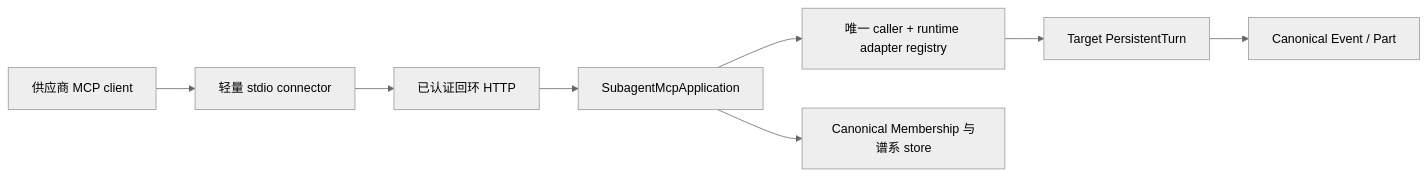
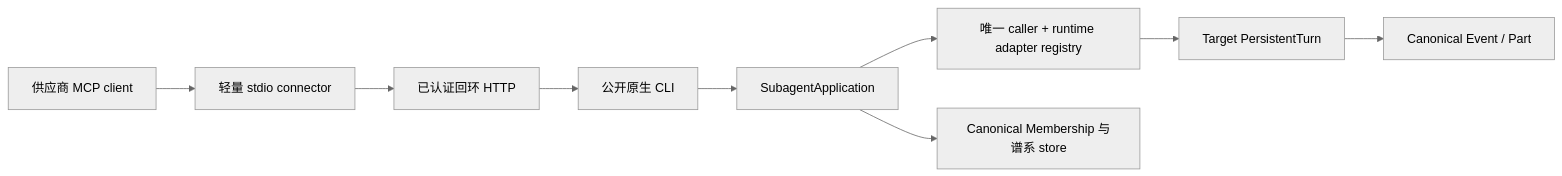
The second of 2 diagrams in docs/architecture/AGENT-ADAPTERS-ARCHITECTURE.zh-CN.md (LicoLand/LicoUp), drawn with Mermaid (neutral theme) before and after one commit. The commit also changed other lines of this file and 391 other files, not shown here.

Commit message:
Separate native CLI and MCP and modernize client presentation

````diff
--- a/docs/architecture/AGENT-ADAPTERS-ARCHITECTURE.zh-CN.md
+++ b/docs/architecture/AGENT-ADAPTERS-ARCHITECTURE.zh-CN.md
@@ -105,10 +105,11 @@
 ```mermaid
 flowchart LR
   P["供应商 MCP client"] --> C["轻量 stdio connector"]
   C --> H["已认证回环 HTTP"]
-  H --> A["SubagentMcpApplication"]
+  H --> CLI["公开原生 CLI"]
+  CLI --> A["SubagentApplication"]
   A --> R["唯一 caller + runtime adapter registry"]
   A --> S["Canonical Membership 与谱系 store"]
   R --> T["Target PersistentTurn"]
   T --> E["Canonical Event / Part"]
 ```
````
